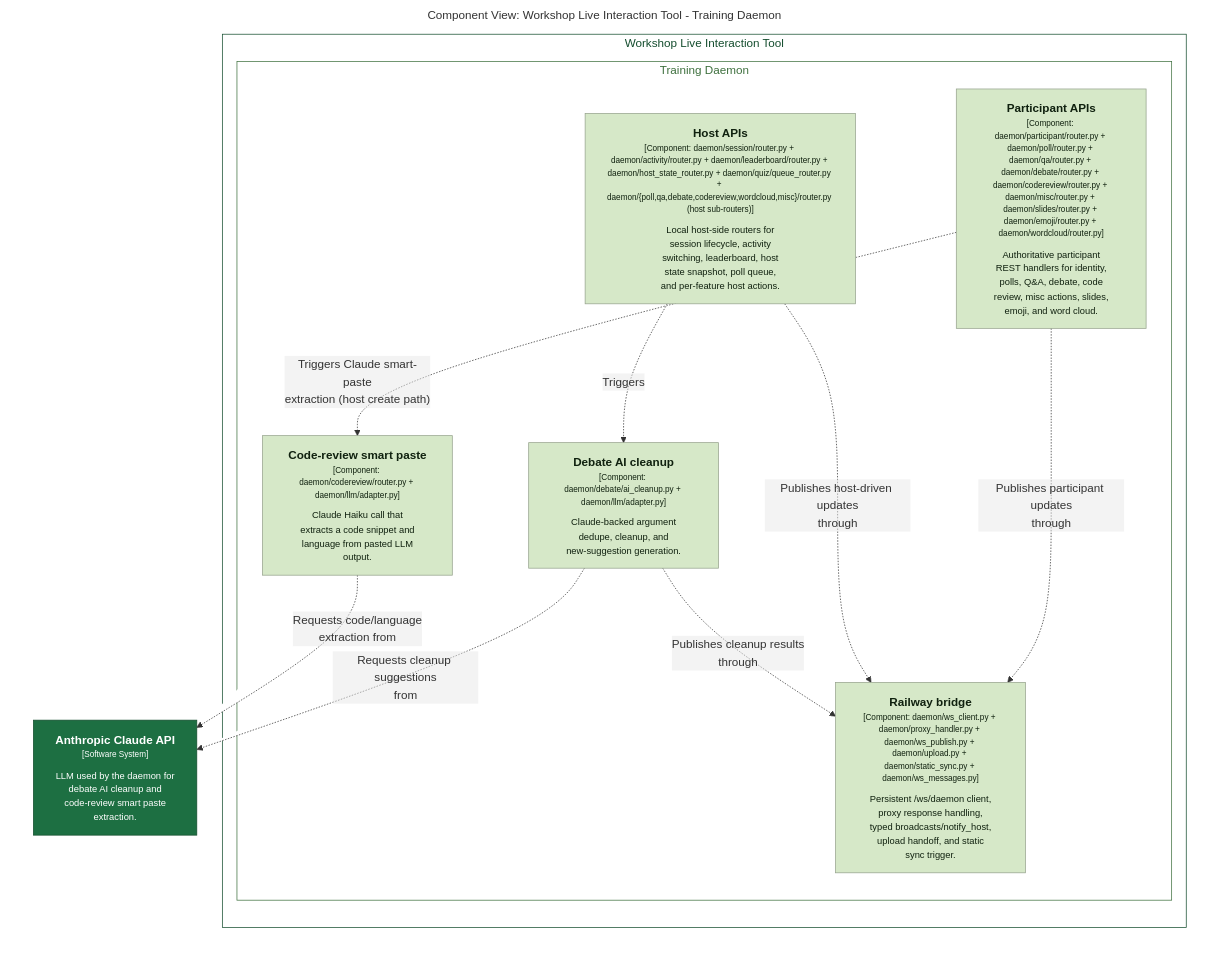
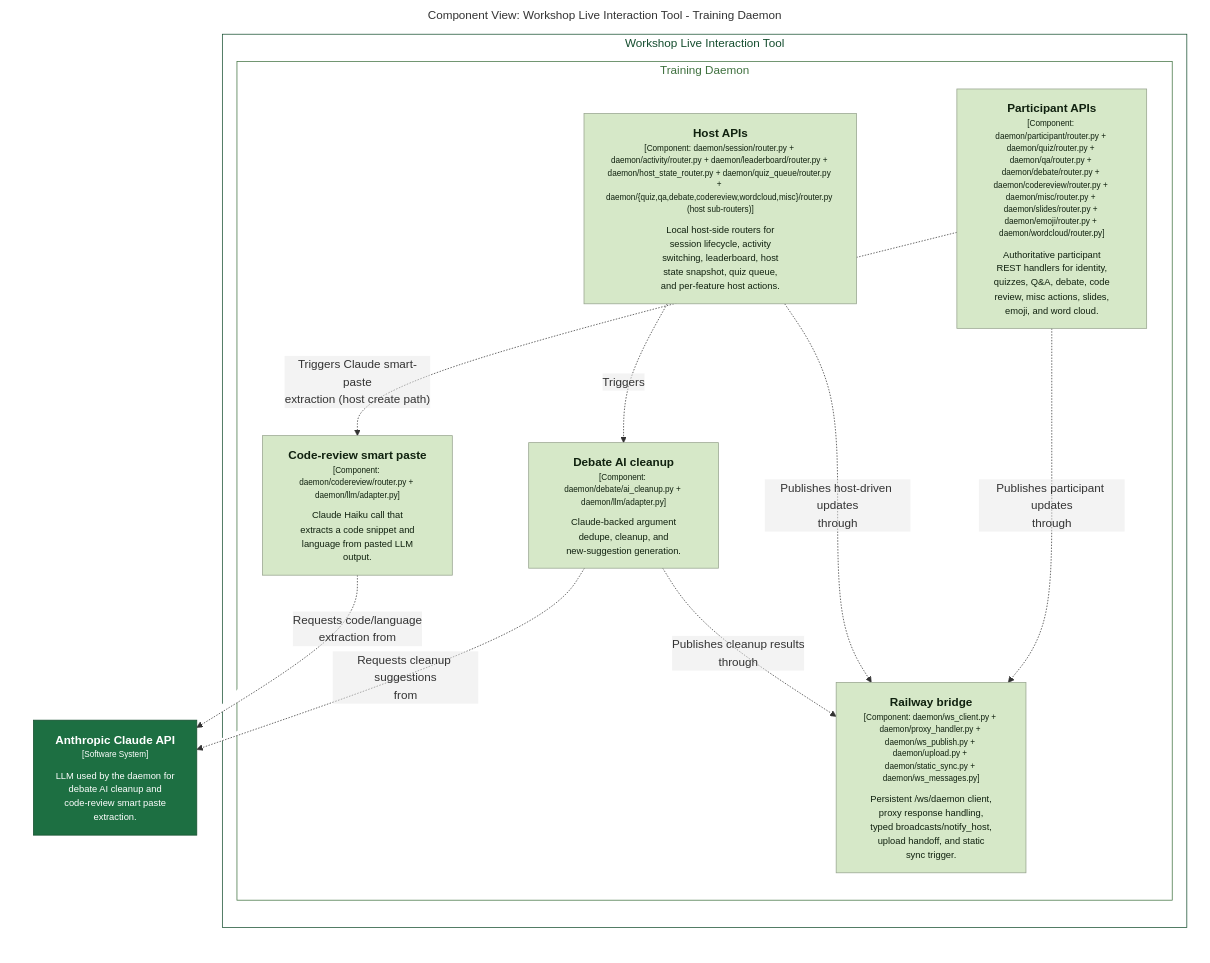
One commit to victorrentea/training-assistant changed the diagram in docs/c4views/C3-Daemon-Ai.mmd. Above: the diagram before and after it, drawn with Mermaid. The commit also changed 192 other files, not shown here.

First line of the commit message:
refactor: rename Poll feature → Quiz (codebase, wire protocol, docs)

```diff
--- a/docs/c4views/C3-Daemon-Ai.mmd
+++ b/docs/c4views/C3-Daemon-Ai.mmd
@@ -1,38 +1,38 @@
 graph LR
   linkStyle default fill:#ffffff
 
   subgraph diagram ["Component View: Workshop Live Interaction Tool - Training Daemon"]
     style diagram fill:#ffffff,stroke:#ffffff
 
     3["<div style='font-weight: bold'>Anthropic Claude API</div><div style='font-size: 70%; margin-top: 0px'>[Software System]</div><div style='font-size: 80%; margin-top:10px'>LLM used by the daemon for<br />debate AI cleanup and<br />code-review smart paste<br />extraction.</div>"]
     style 3 fill:#1d6f42,stroke:#144d2e,color:#ffffff
 
     subgraph 10 ["Workshop Live Interaction Tool"]
       style 10 fill:#ffffff,stroke:#144d2e,color:#144d2e
 
       subgraph 23 ["Training Daemon"]
         style 23 fill:#ffffff,stroke:#3e703e,color:#3e703e
 
-        26["<div style='font-weight: bold'>Participant APIs</div><div style='font-size: 70%; margin-top: 0px'>[Component: daemon/participant/router.py + daemon/poll/router.py + daemon/qa/router.py + daemon/debate/router.py + daemon/codereview/router.py + daemon/misc/router.py + daemon/slides/router.py + daemon/emoji/router.py + daemon/wordcloud/router.py]</div><div style='font-size: 80%; margin-top:10px'>Authoritative participant<br />REST handlers for identity,<br />polls, Q&A, debate, code<br />review, misc actions, slides,<br />emoji, and word cloud.</div>"]
+        26["<div style='font-weight: bold'>Participant APIs</div><div style='font-size: 70%; margin-top: 0px'>[Component: daemon/participant/router.py + daemon/quiz/router.py + daemon/qa/router.py + daemon/debate/router.py + daemon/codereview/router.py + daemon/misc/router.py + daemon/slides/router.py + daemon/emoji/router.py + daemon/wordcloud/router.py]</div><div style='font-size: 80%; margin-top:10px'>Authoritative participant<br />REST handlers for identity,<br />quizzes, Q&A, debate, code<br />review, misc actions, slides,<br />emoji, and word cloud.</div>"]
         style 26 fill:#d6e8c8,stroke:#95a28c,color:#10210f
-        27["<div style='font-weight: bold'>Host APIs</div><div style='font-size: 70%; margin-top: 0px'>[Component: daemon/session/router.py + daemon/activity/router.py + daemon/leaderboard/router.py + daemon/host_state_router.py + daemon/quiz/queue_router.py + daemon/{poll,qa,debate,codereview,wordcloud,misc}/router.py (host sub-routers)]</div><div style='font-size: 80%; margin-top:10px'>Local host-side routers for<br />session lifecycle, activity<br />switching, leaderboard, host<br />state snapshot, poll queue,<br />and per-feature host actions.</div>"]
+        27["<div style='font-weight: bold'>Host APIs</div><div style='font-size: 70%; margin-top: 0px'>[Component: daemon/session/router.py + daemon/activity/router.py + daemon/leaderboard/router.py + daemon/host_state_router.py + daemon/quiz_queue/router.py + daemon/{quiz,qa,debate,codereview,wordcloud,misc}/router.py (host sub-routers)]</div><div style='font-size: 80%; margin-top:10px'>Local host-side routers for<br />session lifecycle, activity<br />switching, leaderboard, host<br />state snapshot, quiz queue,<br />and per-feature host actions.</div>"]
         style 27 fill:#d6e8c8,stroke:#95a28c,color:#10210f
         30["<div style='font-weight: bold'>Railway bridge</div><div style='font-size: 70%; margin-top: 0px'>[Component: daemon/ws_client.py + daemon/proxy_handler.py + daemon/ws_publish.py + daemon/upload.py + daemon/static_sync.py + daemon/ws_messages.py]</div><div style='font-size: 80%; margin-top:10px'>Persistent /ws/daemon client,<br />proxy response handling,<br />typed broadcasts/notify_host,<br />upload handoff, and static<br />sync trigger.</div>"]
         style 30 fill:#d6e8c8,stroke:#95a28c,color:#10210f
         32["<div style='font-weight: bold'>Debate AI cleanup</div><div style='font-size: 70%; margin-top: 0px'>[Component: daemon/debate/ai_cleanup.py + daemon/llm/adapter.py]</div><div style='font-size: 80%; margin-top:10px'>Claude-backed argument<br />dedupe, cleanup, and<br />new-suggestion generation.</div>"]
         style 32 fill:#d6e8c8,stroke:#95a28c,color:#10210f
         33["<div style='font-weight: bold'>Code-review smart paste</div><div style='font-size: 70%; margin-top: 0px'>[Component: daemon/codereview/router.py + daemon/llm/adapter.py]</div><div style='font-size: 80%; margin-top:10px'>Claude Haiku call that<br />extracts a code snippet and<br />language from pasted LLM<br />output.</div>"]
         style 33 fill:#d6e8c8,stroke:#95a28c,color:#10210f
       end
 
     end
 
     26-. "<div>Publishes participant updates<br />through</div><div style='font-size: 70%'></div>" .->30
     26-. "<div>Triggers Claude smart-paste<br />extraction (host create path)</div><div style='font-size: 70%'></div>" .->33
     27-. "<div>Publishes host-driven updates<br />through</div><div style='font-size: 70%'></div>" .->30
     27-. "<div>Triggers</div><div style='font-size: 70%'></div>" .->32
     32-. "<div>Requests cleanup suggestions<br />from</div><div style='font-size: 70%'></div>" .->3
     32-. "<div>Publishes cleanup results<br />through</div><div style='font-size: 70%'></div>" .->30
     33-. "<div>Requests code/language<br />extraction from</div><div style='font-size: 70%'></div>" .->3
 
   end
```
